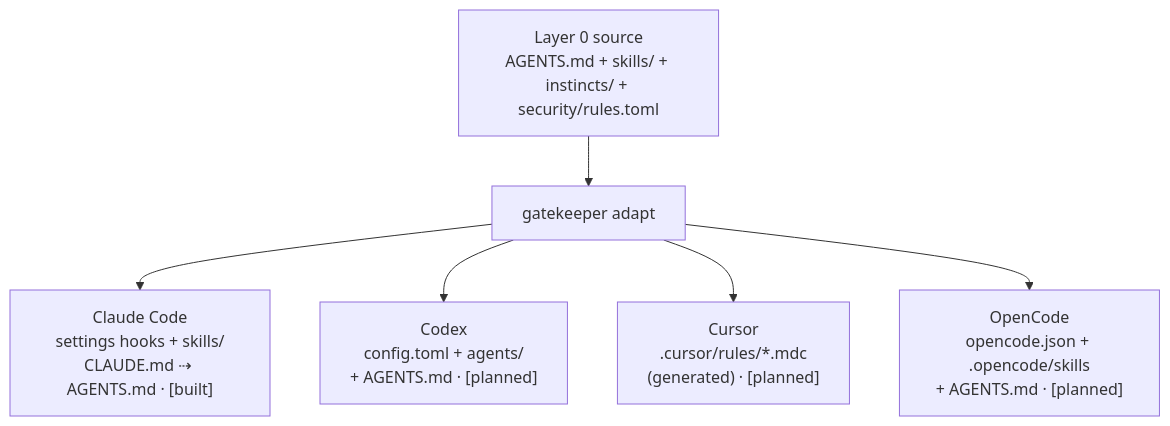
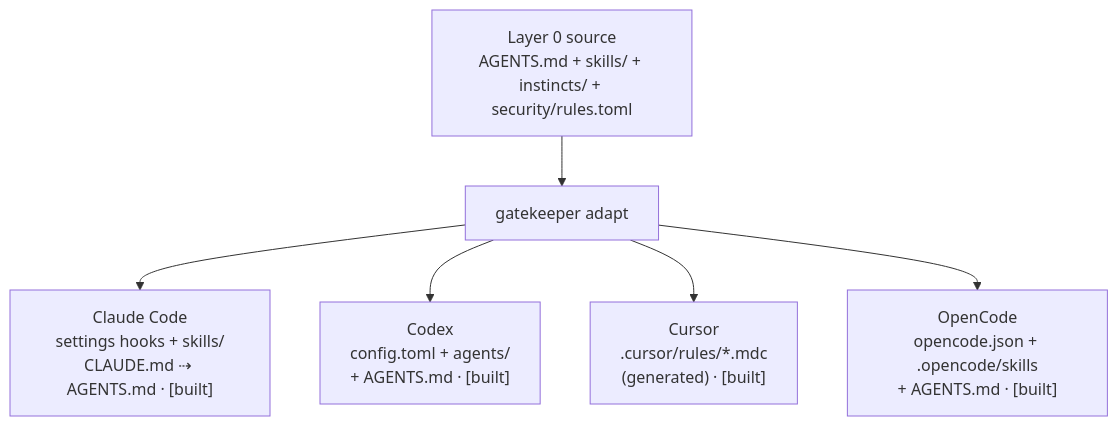
Before and after one commit to osxsystem/topology: the third of 3 diagrams in docs/ARCHITECTURE.md, drawn with Mermaid. The commit also changed other lines of this file and 2 other files, not shown here.

First line of the commit message:
docs: reconcile ARCHITECTURE/README/main.rs "static binary" + [planned] drift

````diff
--- a/docs/ARCHITECTURE.md
+++ b/docs/ARCHITECTURE.md
@@ -131,8 +132,8 @@
 ```mermaid
 flowchart TD
     SRC["Layer 0 source<br/>AGENTS.md + skills/ + instincts/ + security/rules.toml"] --> ADAPT["gatekeeper adapt"]
     ADAPT --> CC["Claude Code<br/>settings hooks + skills/<br/>CLAUDE.md ⇢ AGENTS.md · [built]"]
-    ADAPT --> CX["Codex<br/>config.toml + agents/<br/>+ AGENTS.md · [planned]"]
-    ADAPT --> CU["Cursor<br/>.cursor/rules/*.mdc<br/>(generated) · [planned]"]
-    ADAPT --> OC["OpenCode<br/>opencode.json + .opencode/skills<br/>+ AGENTS.md · [planned]"]
+    ADAPT --> CX["Codex<br/>config.toml + agents/<br/>+ AGENTS.md · [built]"]
+    ADAPT --> CU["Cursor<br/>.cursor/rules/*.mdc<br/>(generated) · [built]"]
+    ADAPT --> OC["OpenCode<br/>opencode.json + .opencode/skills<br/>+ AGENTS.md · [built]"]
 ```
````
